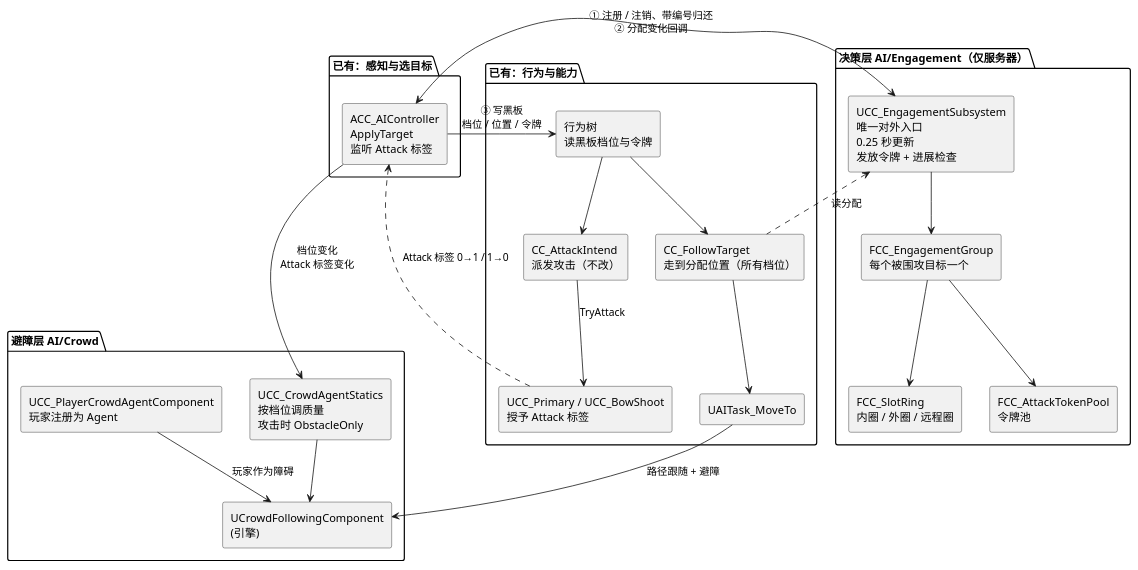
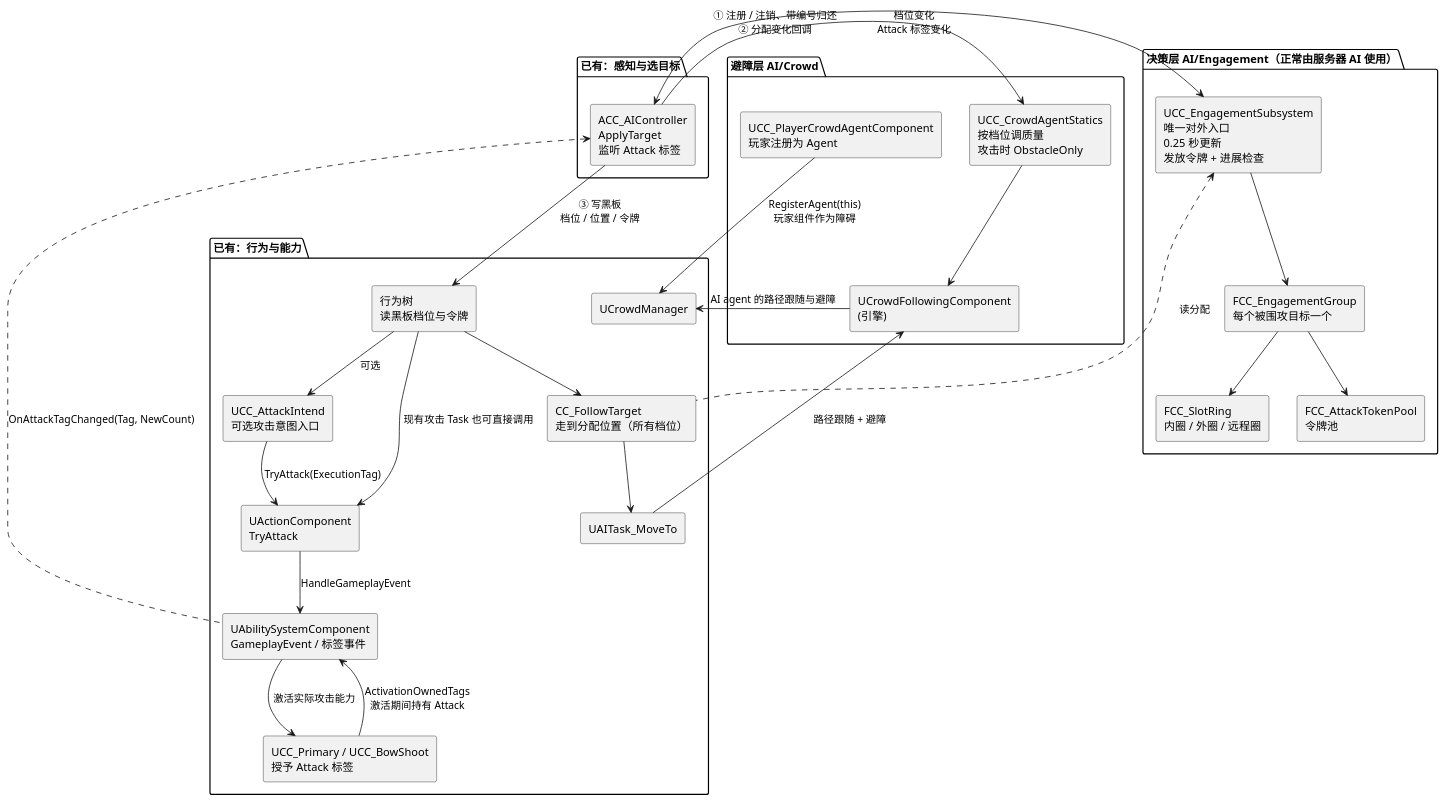
The second of 11 diagrams in Docs/AI-Engagement.zh-CN.md (peng984251536/GAS_Demo), drawn with PlantUML before and after one commit. The commit also changed other lines of this file and 181 other files, not shown here.

````diff
--- a/Docs/AI-Engagement.zh-CN.md
+++ b/Docs/AI-Engagement.zh-CN.md
@@ -116,48 +125,56 @@
 ```plantuml
 @startuml 包围寻路总体架构
 skinparam componentStyle rectangle
 skinparam shadowing false
 skinparam defaultFontName "Microsoft YaHei"
 
 package "已有：感知与选目标" {
   [ACC_AIController\nApplyTarget\n监听 Attack 标签] as AIC
 }
 
-package "决策层 AI/Engagement（仅服务器）" {
+package "决策层 AI/Engagement（正常由服务器 AI 使用）" {
   [UCC_EngagementSubsystem\n唯一对外入口\n0.25 秒更新\n发放令牌 + 进展检查] as SUB
   [FCC_EngagementGroup\n每个被围攻目标一个] as GRP
   [FCC_SlotRing\n内圈 / 外圈 / 远程圈] as RING
   [FCC_AttackTokenPool\n令牌池] as POOL
 }
 
 package "避障层 AI/Crowd" {
   [UCrowdFollowingComponent\n(引擎)] as CFC
   [UCC_CrowdAgentStatics\n按档位调质量\n攻击时 ObstacleOnly] as CST
   [UCC_PlayerCrowdAgentComponent\n玩家注册为 Agent] as PCA
 }
 
 package "已有：行为与能力" {
   [行为树\n读黑板档位与令牌] as BT
   [CC_FollowTarget\n走到分配位置（所有档位）] as FT
-  [CC_AttackIntend\n派发攻击（不改）] as ATK
+  [UCC_AttackIntend\n可选攻击意图入口] as ATK
+  [UActionComponent\nTryAttack] as ACTION
+  [UAbilitySystemComponent\nGameplayEvent / 标签事件] as ASC
   [UCC_Primary / UCC_BowShoot\n授予 Attack 标签] as MECH
   [UAITask_MoveTo] as MOVE
+  [UCrowdManager] as CM
 }
 
 AIC <-right-> SUB : ① 注册 / 注销、带编号归还\n② 分配变化回调
 SUB -down-> GRP
 GRP -down-> RING
 GRP -down-> POOL
 AIC -down-> BT : ③ 写黑板\n档位 / 位置 / 令牌
 AIC -left-> CST : 档位变化\nAttack 标签变化
 BT -down-> FT
-BT -down-> ATK
-ATK -down-> MECH : TryAttack
-MECH .up.> AIC : Attack 标签 0→1 / 1→0
+BT -down-> ATK : 可选
+BT --> ACTION : 现有攻击 Task 也可直接调用
+ATK -down-> ACTION : TryAttack(ExecutionTag)
+ACTION --> ASC : HandleGameplayEvent
+ASC --> MECH : 激活实际攻击能力
+MECH --> ASC : ActivationOwnedTags\n激活期间持有 Attack
+ASC .up.> AIC : OnAttackTagChanged(Tag, NewCount)
 FT .up.> SUB : 读分配
 FT -down-> MOVE
 MOVE -down-> CFC : 路径跟随 + 避障
 CST -down-> CFC
-PCA -down-> CFC : 玩家作为障碍
+PCA -down-> CM : RegisterAgent(this)\n玩家组件作为障碍
+CFC --> CM : AI agent 的路径跟随与避障
 @enduml
 ```
````
